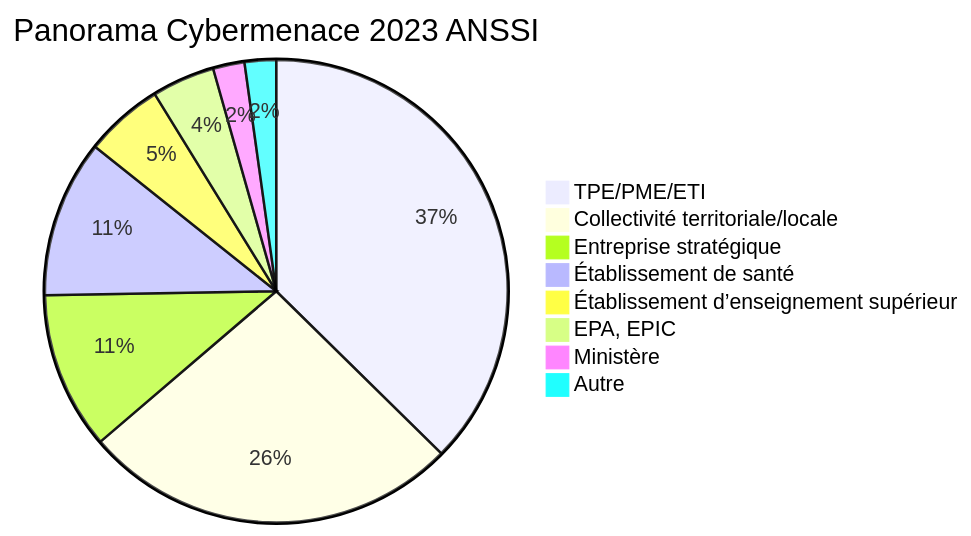
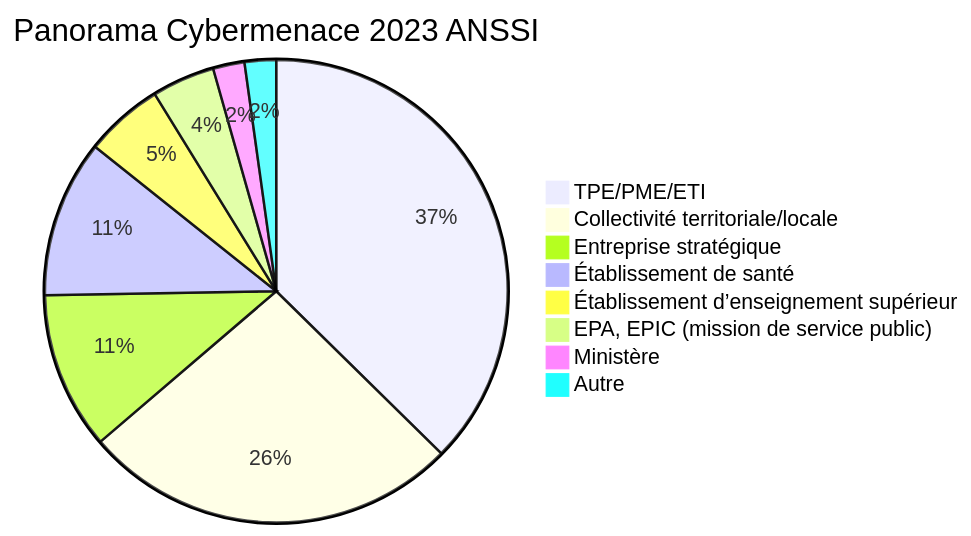
The first of 9 diagrams in Dojo-101-SecOps/README.md (Aif4thah/Dojo-101), drawn with Mermaid before and after one commit. The commit also changed other lines of this file and 22 other files, not shown here.

````diff
--- a/Dojo-101-SecOps/README.md
+++ b/Dojo-101-SecOps/README.md
@@ -11,11 +11,11 @@
 ```mermaid
 pie title Panorama Cybermenace 2023 ANSSI
     "TPE/PME/ETI" : 34
     "Collectivité territoriale/locale" : 24
     "Entreprise stratégique" : 10
     "Établissement de santé" : 10
     "Établissement d’enseignement supérieur" : 5
-    "EPA, EPIC" : 4
+    "EPA, EPIC (mission de service public)" : 4
     "Ministère" : 2
     "Autre" : 2
 ```
````
